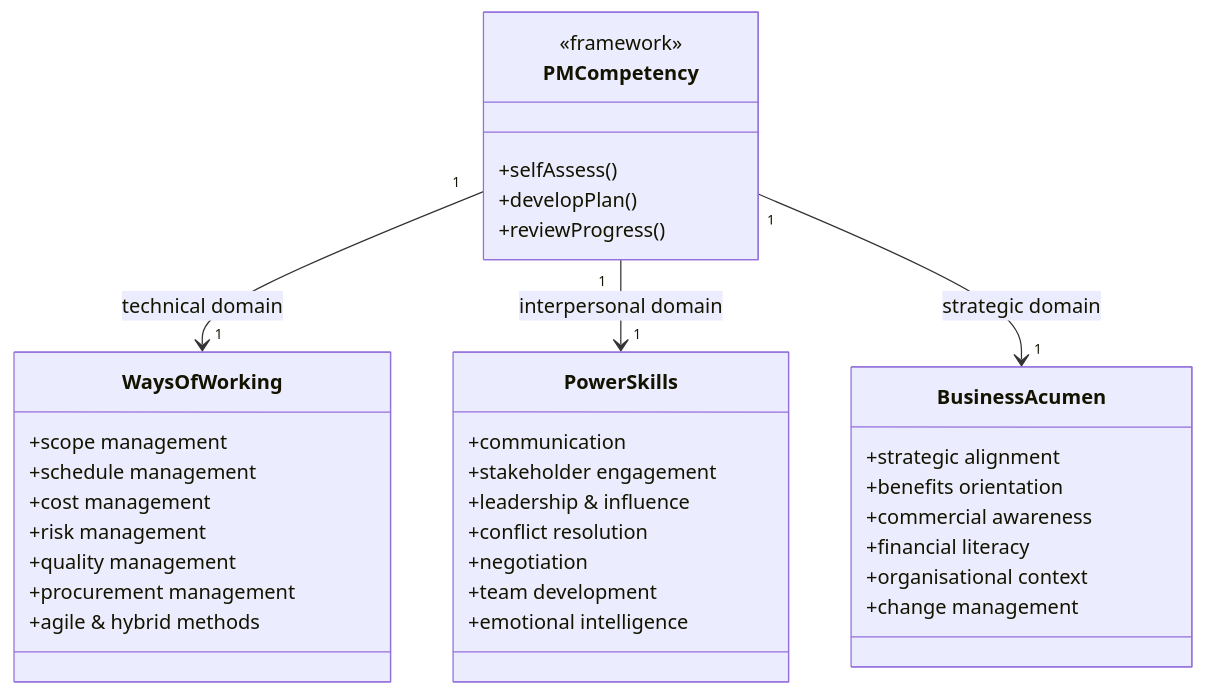
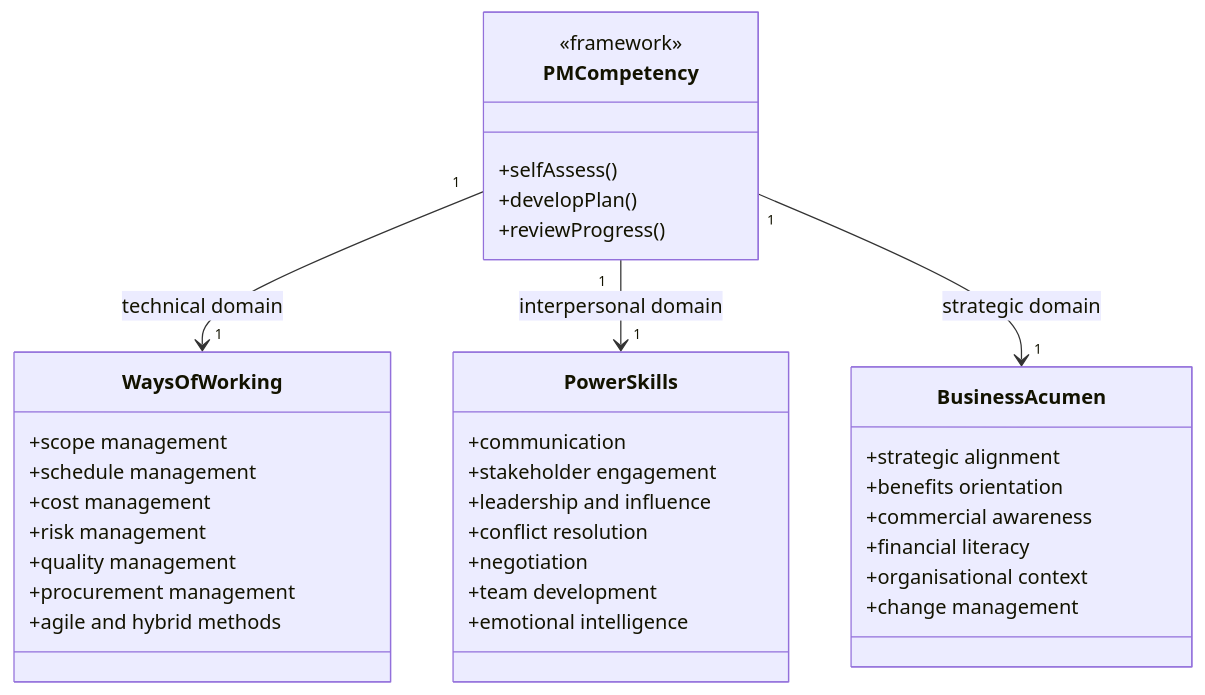
One commit to UncleJS/course_projectManagement changed the diagram in modules/15b-professional-practice.md. Above: the diagram before and after it, drawn with Mermaid. The commit also changed 16 other files, not shown here.

Commit message:
Fix Mermaid rendering: remove literal \n from all diagram labels; quote unquoted & in flowchart nodes

````diff
--- a/modules/15b-professional-practice.md
+++ b/modules/15b-professional-practice.md
@@ -50,38 +50,38 @@
 ```mermaid
 classDiagram
     class PMCompetency {
         <<framework>>
         +selfAssess()
         +developPlan()
         +reviewProgress()
     }
     class WaysOfWorking {
         +scope management
         +schedule management
         +cost management
         +risk management
         +quality management
         +procurement management
-        +agile & hybrid methods
+        +agile and hybrid methods
     }
     class PowerSkills {
         +communication
         +stakeholder engagement
-        +leadership & influence
+        +leadership and influence
         +conflict resolution
         +negotiation
         +team development
         +emotional intelligence
     }
     class BusinessAcumen {
         +strategic alignment
         +benefits orientation
         +commercial awareness
         +financial literacy
         +organisational context
         +change management
     }
     PMCompetency "1" --> "1" WaysOfWorking : technical domain
     PMCompetency "1" --> "1" PowerSkills : interpersonal domain
     PMCompetency "1" --> "1" BusinessAcumen : strategic domain
 ```
````
